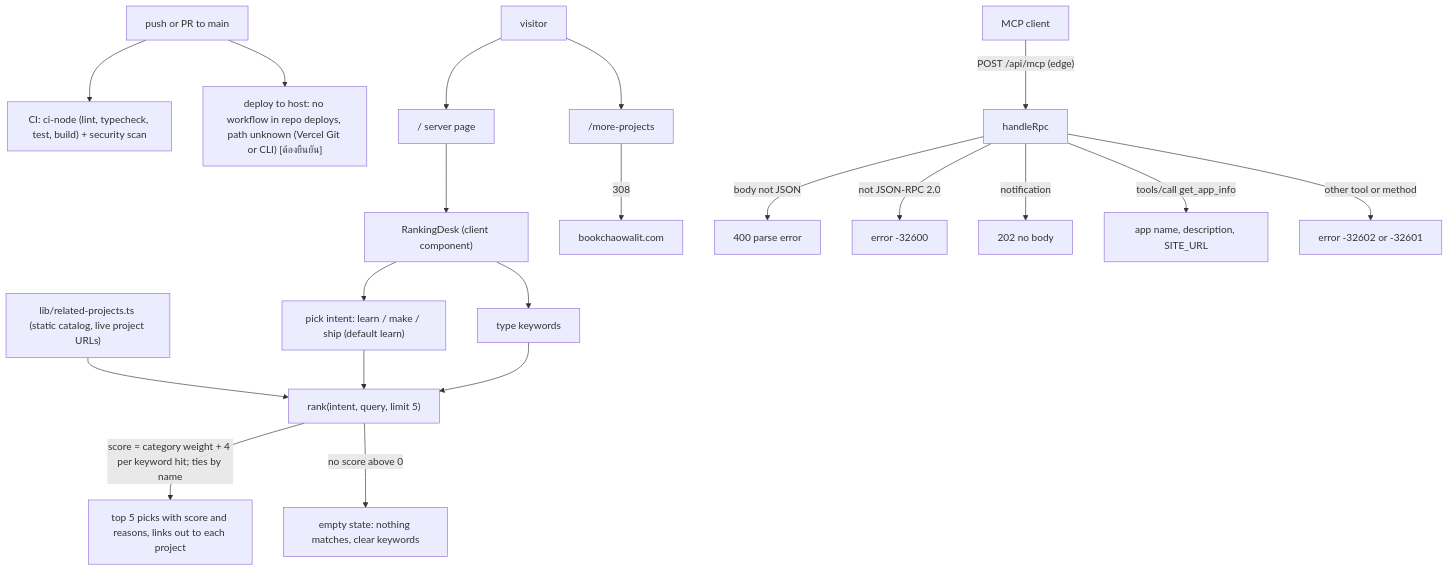
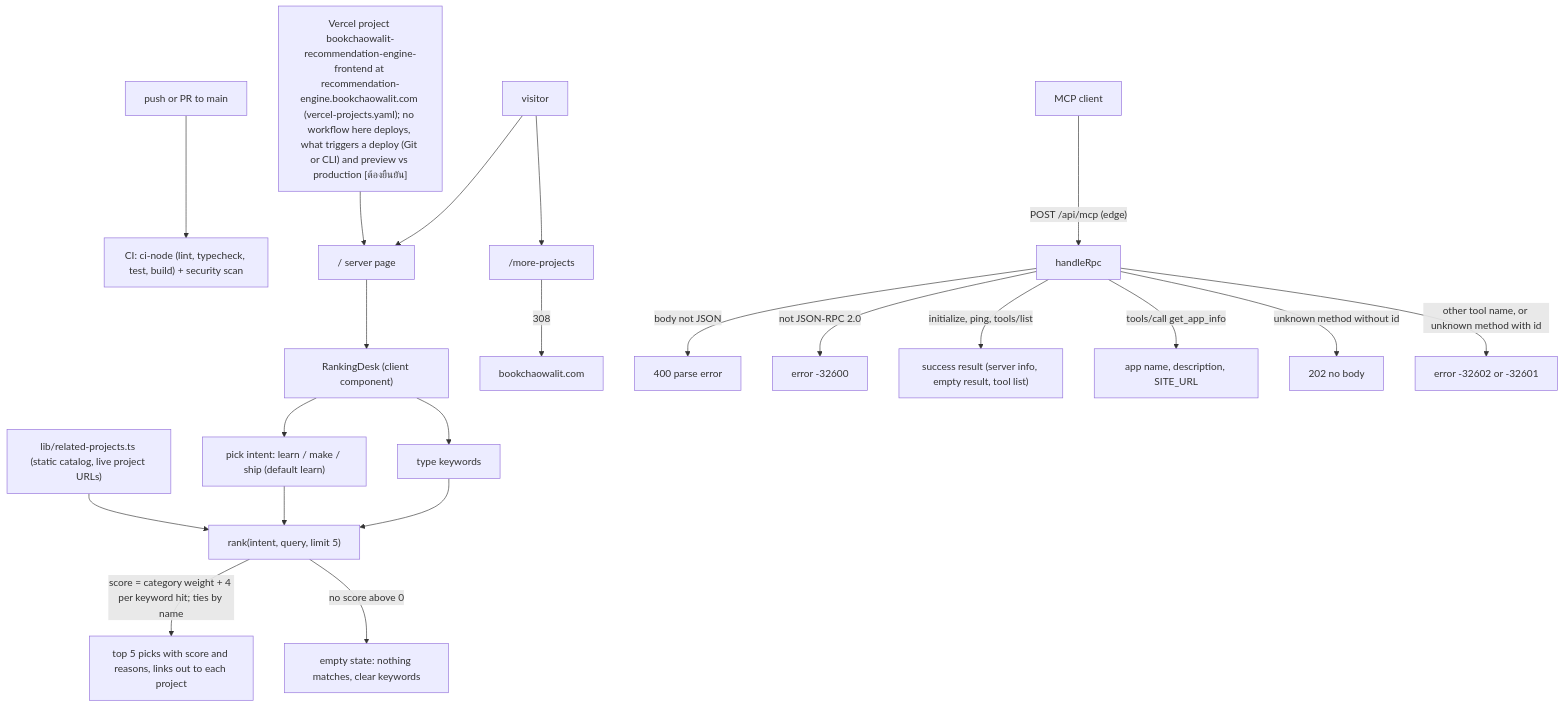
One commit to bookchaowalit-ai/ai-recommendation-engine-web changed the first of 2 diagrams in docs/diagrams/01-business-process.md. Above: the diagram before and after it, drawn with Mermaid. The commit also changed other lines of this file, not shown here.

Commit message:
docs: correct As-Is/To-Be facts from review (01-business-process)

````diff
--- a/docs/diagrams/01-business-process.md
+++ b/docs/diagrams/01-business-process.md
@@ -9,21 +9,22 @@
 ```mermaid
 flowchart TD
   DEV["push or PR to main"] --> CI["CI: ci-node (lint, typecheck, test, build) + security scan"]
-  DEV --> DEPLOY["deploy to host: no workflow in repo deploys, path unknown (Vercel Git or CLI) [ต้องยืนยัน]"]
+  DEPLOY["Vercel project bookchaowalit-recommendation-engine-frontend at recommendation-engine.bookchaowalit.com (vercel-projects.yaml); no workflow here deploys, what triggers a deploy (Git or CLI) and preview vs production [ต้องยืนยัน]"] --> PAGE
   CAT["lib/related-projects.ts (static catalog, live project URLs)"] --> RANK["rank(intent, query, limit 5)"]
   VISITOR["visitor"] --> PAGE["/ server page"]
   PAGE --> DESK["RankingDesk (client component)"]
   DESK --> INTENT["pick intent: learn / make / ship (default learn)"]
   DESK --> KEYS["type keywords"]
   INTENT --> RANK
   KEYS --> RANK
   RANK -->|"score = category weight + 4 per keyword hit; ties by name"| PICKS["top 5 picks with score and reasons, links out to each project"]
   RANK -->|"no score above 0"| NONE["empty state: nothing matches, clear keywords"]
   VISITOR --> OLD["/more-projects"] -->|"308"| HUB["bookchaowalit.com"]
   AGENT["MCP client"] -->|"POST /api/mcp (edge)"| RPC["handleRpc"]
   RPC -->|"body not JSON"| E400["400 parse error"]
   RPC -->|"not JSON-RPC 2.0"| EINV["error -32600"]
-  RPC -->|"notification"| R202["202 no body"]
+  RPC -->|"initialize, ping, tools/list"| OKM["success result (server info, empty result, tool list)"]
   RPC -->|"tools/call get_app_info"| INFO["app name, description, SITE_URL"]
-  RPC -->|"other tool or method"| EOTHER["error -32602 or -32601"]
+  RPC -->|"unknown method without id"| R202["202 no body"]
+  RPC -->|"other tool name, or unknown method with id"| EOTHER["error -32602 or -32601"]
 ```
````
